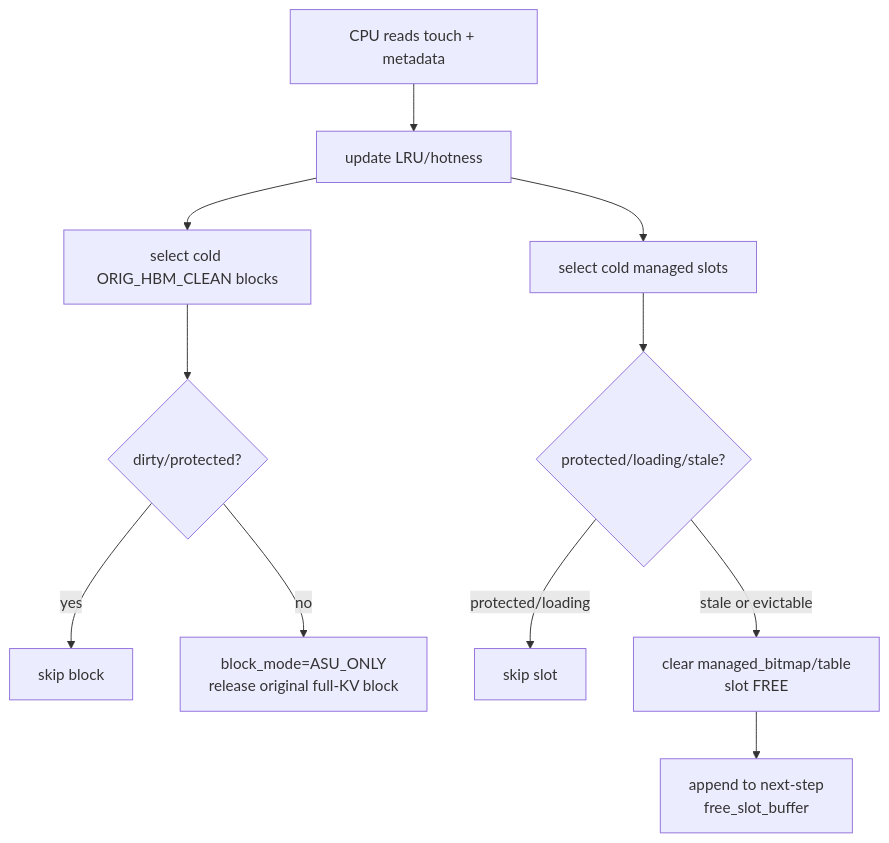
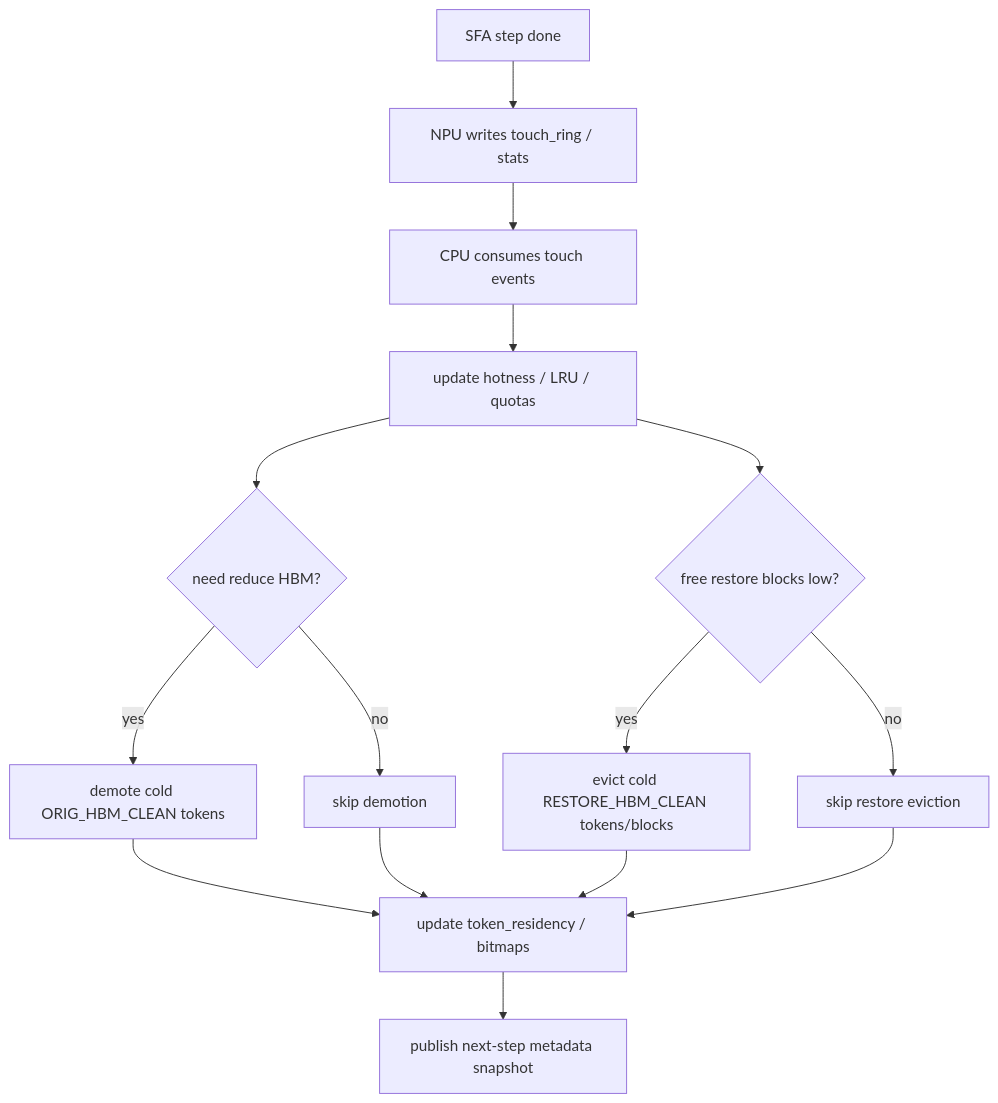
The sixth of 7 diagrams in docs/draft/2026-06-02-npu-hbm-kvcache-management-draft.md (ykfnxx/ASU-Ascend), drawn with Mermaid before and after one commit. The commit also changed other lines of this file, not shown here.

Commit message:
Rewrite ASU-backed KVCache draft

````diff
--- a/docs/draft/2026-06-02-npu-hbm-kvcache-management-draft.md
+++ b/docs/draft/2026-06-02-npu-hbm-kvcache-management-draft.md
@@ -965,15 +896,17 @@
 ```mermaid
 flowchart TB
-    A["CPU reads touch + metadata"] --> B["update LRU/hotness"]
-    B --> C["select cold ORIG_HBM_CLEAN blocks"]
-    B --> D["select cold managed slots"]
-
-    C --> E{"dirty/protected?"}
-    E -- "yes" --> F["skip block"]
-    E -- "no" --> G["block_mode=ASU_ONLY<br/>release original full-KV block"]
-
-    D --> H{"protected/loading/stale?"}
-    H -- "protected/loading" --> I["skip slot"]
-    H -- "stale or evictable" --> J["clear managed_bitmap/table<br/>slot FREE"]
-    J --> K["append to next-step<br/>free_slot_buffer"]
+    A["SFA step done"] --> B["NPU writes touch_ring / stats"]
+    B --> C["CPU consumes touch events"]
+    C --> D["update hotness / LRU / quotas"]
+    D --> E{"need reduce HBM?"}
+    E -- "yes" --> F["demote cold ORIG_HBM_CLEAN tokens"]
+    E -- "no" --> G["skip demotion"]
+    D --> H{"free restore blocks low?"}
+    H -- "yes" --> I["evict cold RESTORE_HBM_CLEAN tokens/blocks"]
+    H -- "no" --> J["skip restore eviction"]
+    F --> K["update token_residency / bitmaps"]
+    I --> K
+    G --> K
+    J --> K
+    K --> L["publish next-step metadata snapshot"]
 ```
````
